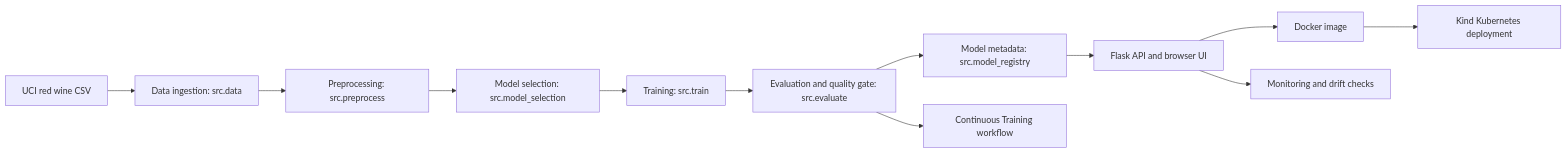
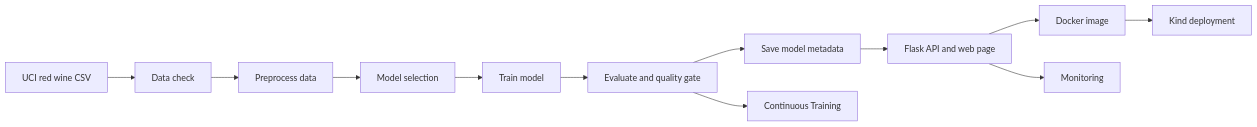
Before and after one commit to lorcan973232/mlops-metro-traffic-volume-pipeline: the diagram in README.md, drawn with Mermaid. The commit also changed other lines of this file, not shown here.

````diff
--- a/README.md
+++ b/README.md
@@ -112,14 +102,14 @@
 ```mermaid
 flowchart LR
-  A["UCI red wine CSV"] --> B["Data ingestion: src.data"]
-  B --> C["Preprocessing: src.preprocess"]
-  C --> D["Model selection: src.model_selection"]
-  D --> E["Training: src.train"]
-  E --> F["Evaluation and quality gate: src.evaluate"]
-  F --> G["Model metadata: src.model_registry"]
-  G --> H["Flask API and browser UI"]
+  A["UCI red wine CSV"] --> B["Data check"]
+  B --> C["Preprocess data"]
+  C --> D["Model selection"]
+  D --> E["Train model"]
+  E --> F["Evaluate and quality gate"]
+  F --> G["Save model metadata"]
+  G --> H["Flask API and web page"]
   H --> I["Docker image"]
-  I --> J["Kind Kubernetes deployment"]
-  F --> K["Continuous Training workflow"]
-  H --> L["Monitoring and drift checks"]
+  I --> J["Kind deployment"]
+  F --> K["Continuous Training"]
+  H --> L["Monitoring"]
 ```
````
